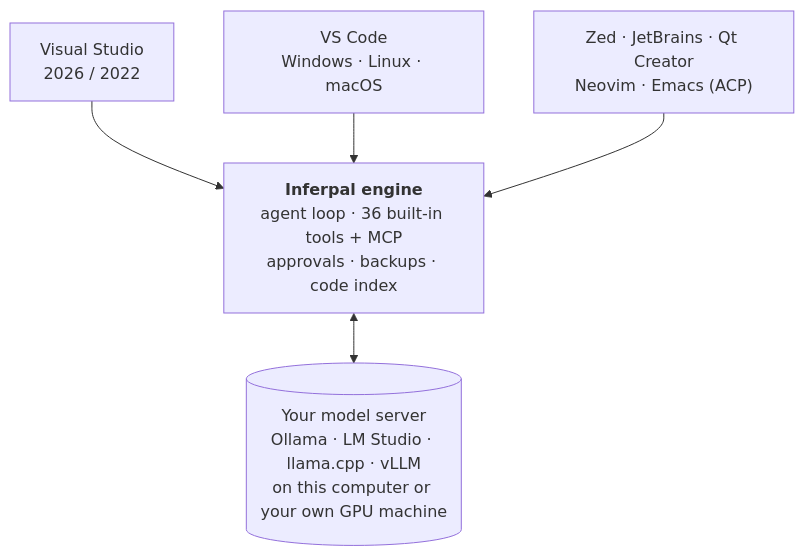
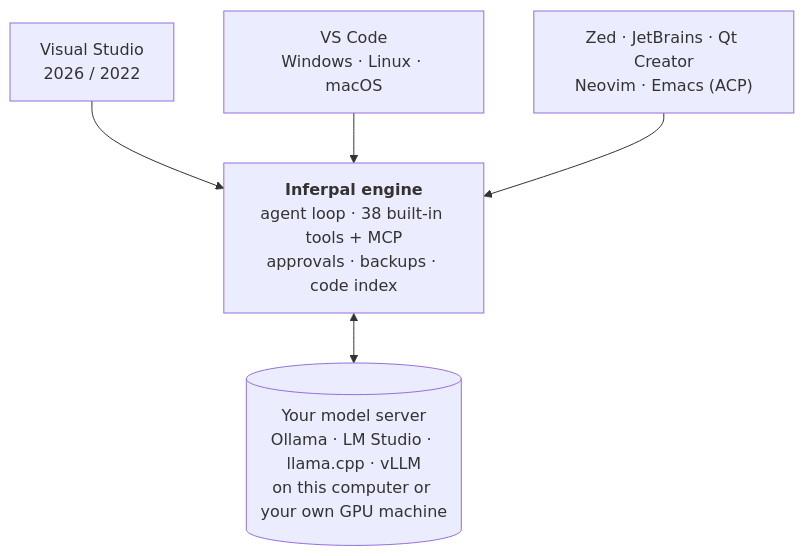
One commit to EstaxNet/Inferpal changed the second of 2 diagrams in README.md. Above: the diagram before and after it, drawn with Mermaid. The commit also changed other lines of this file and 37 other files, not shown here.

````diff
--- a/README.md
+++ b/README.md
@@ -161,10 +161,10 @@
 ```mermaid
 flowchart TB
     VS["Visual Studio<br/>2026 / 2022"]
     VSC["VS Code<br/>Windows · Linux · macOS"]
     ACP["Zed · JetBrains · Qt Creator<br/>Neovim · Emacs (ACP)"]
-    ENGINE["<b>Inferpal engine</b><br/>agent loop · 36 built-in tools + MCP<br/>approvals · backups · code index"]
+    ENGINE["<b>Inferpal engine</b><br/>agent loop · 38 built-in tools + MCP<br/>approvals · backups · code index"]
     MODEL[("Your model server<br/>Ollama · LM Studio · llama.cpp · vLLM<br/>on this computer or your own GPU machine")]
     VS & VSC & ACP --> ENGINE
     ENGINE <--> MODEL
 ```
````
